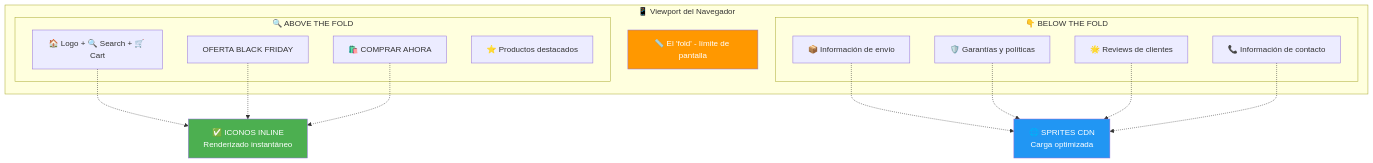
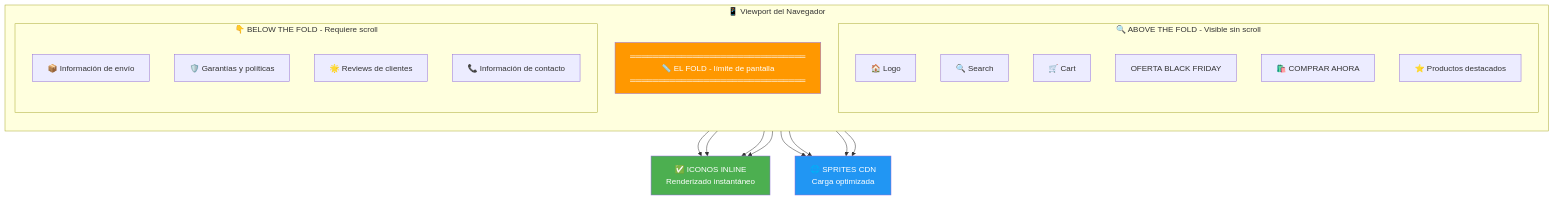
The diagram in icons/README.md (floxcristian/ecommerce-guidelines), drawn with Mermaid before and after one commit.

Commit message:
Improves Mermaid diagram structure and clarity
Enhances the above-the-fold vs below-the-fold concept visualization by:
- Restructuring graph layout from TB to TD with explicit direction
- Separating navigation elements for better organization
- Adding clearer visual separation for the fold boundary
- Converting dotted arrows to solid for better readability
- Improving subgraph labels with descriptive text

Makes the performance optimization strategy more understandable for developers implementing the icon loading system.

Improves Mermaid diagram clarity and structure

Enhances the above-the-fold vs below-the-fold visualization by restructuring the graph layout and improving visual elements.

Changes solid arrows for better readability, adds clearer visual separation for the fold boundary, and reorganizes navigation elements for better understanding.

Makes the performance optimization strategy more accessible for developers implementing the icon loading system.

````diff
--- a/icons/README.md
+++ b/icons/README.md
@@ -11,33 +11,38 @@
 ```mermaid
-graph TB
+graph TD
     subgraph "📱 Viewport del Navegador"
-        subgraph "🔍 ABOVE THE FOLD"
-            A1["🏠 Logo + 🔍 Search + 🛒 Cart"]
-            A2["OFERTA BLACK FRIDAY"]
-            A3["🛍️ COMPRAR AHORA"]
-            A4["⭐ Productos destacados"]
+        direction TB
+
+        subgraph "🔍 ABOVE THE FOLD - Visible sin scroll"
+            A1["🏠 Logo"]
+            A2["🔍 Search"]
+            A3["🛒 Cart"]
+            A4["OFERTA BLACK FRIDAY"]
+            A5["🛍️ COMPRAR AHORA"]
+            A6["⭐ Productos destacados"]
         end
 
-        A5[📏 El 'fold' - límite de pantalla]
+        FOLD[" ═══════════════════════════════<br/>📏 EL FOLD - límite de pantalla<br/>═══════════════════════════════ "]
 
-        subgraph "👇 BELOW THE FOLD"
+        subgraph "👇 BELOW THE FOLD - Requiere scroll"
             B1["📦 Información de envío"]
             B2["🛡️ Garantías y políticas"]
             B3["🌟 Reviews de clientes"]
             B4["📞 Información de contacto"]
         end
     end
 
-    A1 -.-> C1["✅ ICONOS INLINE<br/>Renderizado instantáneo"]
-    A2 -.-> C1
-    A3 -.-> C1
+    A1 --> C1["✅ ICONOS INLINE<br/>Renderizado instantáneo"]
+    A2 --> C1
+    A3 --> C1
+    A5 --> C1
 
-    B1 -.-> C2["🌐 SPRITES CDN<br/>Carga optimizada"]
-    B2 -.-> C2
-    B3 -.-> C2
-    B4 -.-> C2
+    B1 --> C2["🌐 SPRITES CDN<br/>Carga optimizada"]
+    B2 --> C2
+    B3 --> C2
+    B4 --> C2
 
     style C1 fill:#4caf50,color:#fff
     style C2 fill:#2196f3,color:#fff
-    style A5 fill:#ff9800,color:#fff
+    style FOLD fill:#ff9800,color:#fff
 ```
````
